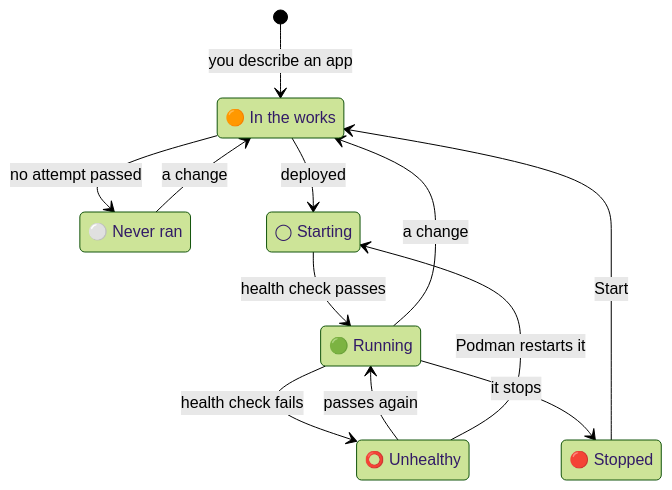
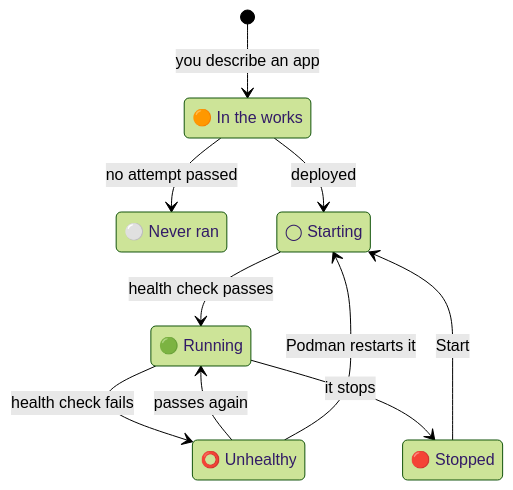
The third of 4 diagrams in README.md (JGalego/mayfly), drawn with Mermaid (forest theme) before and after one commit. The commit also changed other lines of this file, not shown here.

Commit message:
docs: route fewer arrows back into the app light diagram's first state, so none cross

````diff
--- a/README.md
+++ b/README.md
@@ -119,21 +119,19 @@
 ```mermaid
 stateDiagram-v2
   state "🟠 In the works" as working
   state "⚪ Never ran" as never
   state "◯ Starting" as starting
   state "🟢 Running" as running
   state "⭕ Unhealthy" as unhealthy
   state "🔴 Stopped" as stopped
 
   [*] --> working: you describe an app
   working --> never: no attempt passed
   working --> starting: deployed
   starting --> running: health check passes
   running --> unhealthy: health check fails
   unhealthy --> running: passes again
   unhealthy --> starting: Podman restarts it
   running --> stopped: it stops
-  stopped --> working: Start
-  running --> working: a change
-  never --> working: a change
+  stopped --> starting: Start
 ```
````
